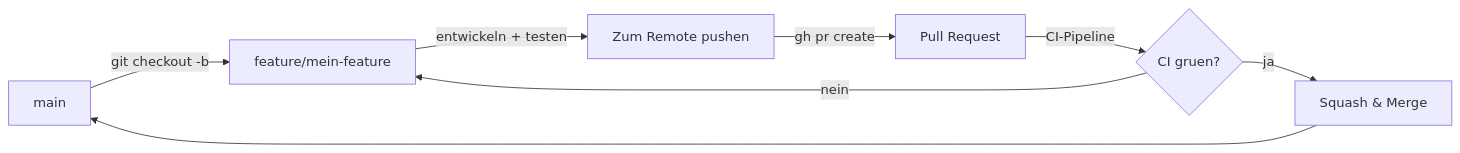
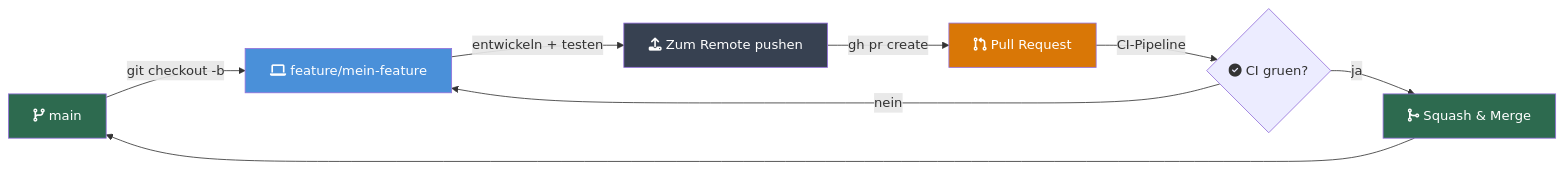
One commit to Paddione/Bachelorprojekt changed the first of 2 diagrams in CONTRIBUTING.md. Above: the diagram before and after it, drawn with Mermaid. The commit also changed other lines of this file and 6 other files, not shown here.

First line of the commit message:
docs: Dokumentation ins Deutsche übersetzen und Mermaid-Diagramme visuell aufwerten

````diff
--- a/CONTRIBUTING.md
+++ b/CONTRIBUTING.md
@@ -17,10 +17,16 @@
 ```mermaid
 flowchart LR
-    A[main] -->|git checkout -b| B[feature/mein-feature]
-    B -->|entwickeln + testen| C[Zum Remote pushen]
-    C -->|gh pr create| D[Pull Request]
-    D -->|CI-Pipeline| E{CI gruen?}
-    E -->|ja| F[Squash & Merge]
+    A["fa:fa-code-branch main"] -->|git checkout -b| B["fa:fa-laptop feature/mein-feature"]
+    B -->|entwickeln + testen| C["fa:fa-upload Zum Remote pushen"]
+    C -->|gh pr create| D["fa:fa-code-pull-request Pull Request"]
+    D -->|CI-Pipeline| E{"fa:fa-circle-check CI gruen?"}
+    E -->|ja| F["fa:fa-code-merge Squash & Merge"]
     E -->|nein| B
     F --> A
+
+    style A fill:#2d6a4f,color:#fff
+    style B fill:#4a90d9,color:#fff
+    style C fill:#374151,color:#fff
+    style D fill:#d97706,color:#fff
+    style F fill:#2d6a4f,color:#fff
 ```
````
